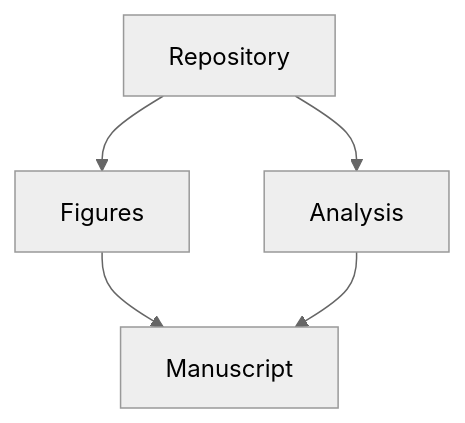
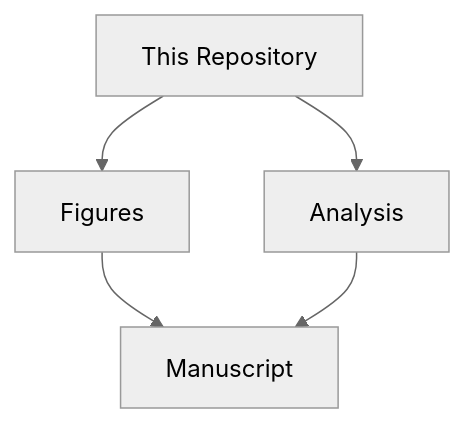
The diagram in README.md (duncanberger/backup_pgl2024), drawn with Mermaid (neutral theme) before and after one commit.

````diff
--- a/README.md
+++ b/README.md
@@ -30,13 +30,14 @@
 ```mermaid
 graph TD;
-Repository-->Analysis;
-Repository-->Figures;
+repo[This Repository]
+repo-->Analysis;
+repo-->Figures;
 Figures-->Manuscript;
 Analysis-->Manuscript;
 
 
 
 
 
 
 ```
````
